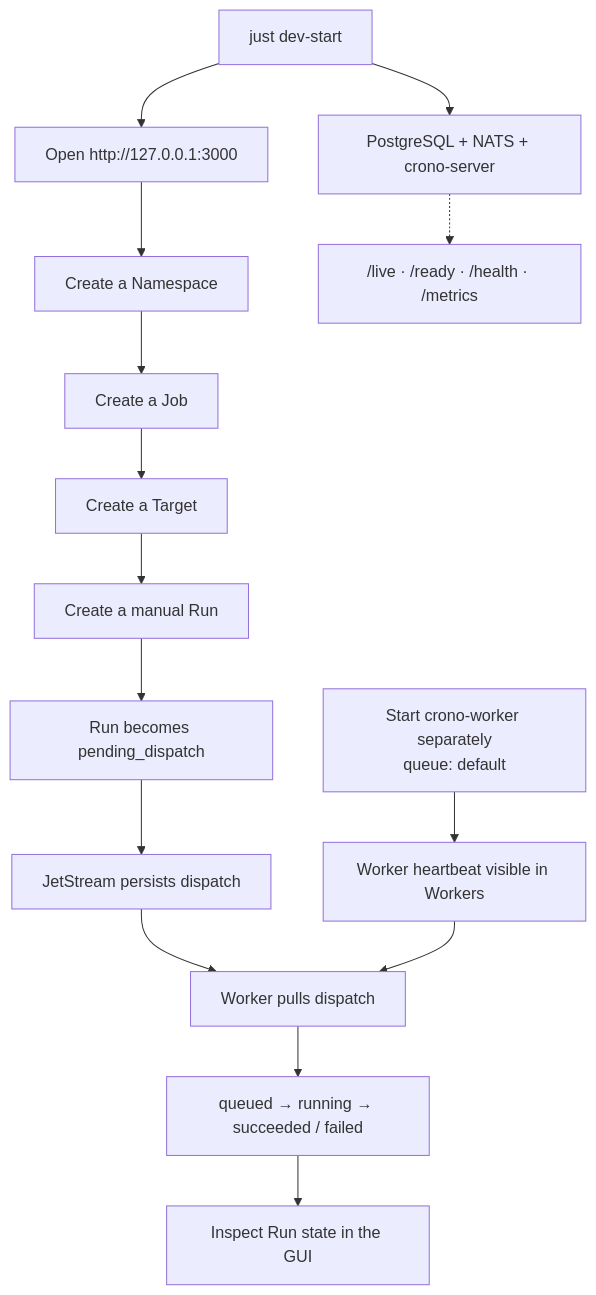
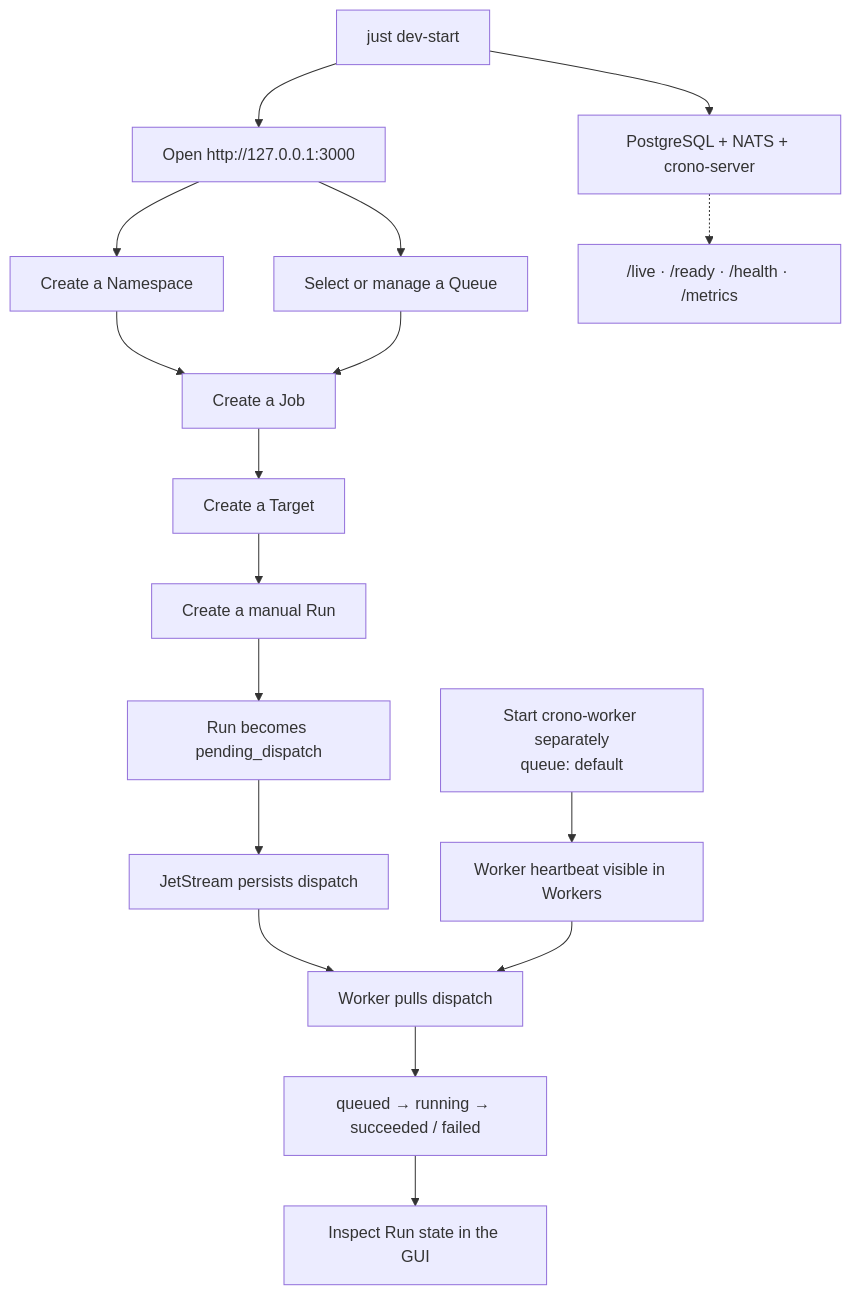
Before and after one commit to crono-io/crono: the fifth of 5 diagrams in README.md, drawn with Mermaid. The commit also changed other lines of this file and 33 other files, not shown here.

````diff
--- a/README.md
+++ b/README.md
@@ -183,19 +193,21 @@
 ```mermaid
 flowchart TD
     Start["just dev-start"] --> Web["Open http://127.0.0.1:3000"]
     Start --> Infra["PostgreSQL + NATS + crono-server"]
     WorkerCmd["Start crono-worker separately<br/>queue: default"] --> Ready["Worker heartbeat visible in Workers"]
 
     Web --> Namespace["Create a Namespace"]
+    Web --> Queue["Select or manage a Queue"]
     Namespace --> Job["Create a Job"]
+    Queue --> Job
     Job --> Target["Create a Target"]
     Target --> Run["Create a manual Run"]
     Run --> Outbox["Run becomes pending_dispatch"]
     Outbox --> JetStream["JetStream persists dispatch"]
     JetStream --> Consume["Worker pulls dispatch"]
     Ready --> Consume
     Consume --> Running["queued → running → succeeded / failed"]
     Running --> Inspect["Inspect Run state in the GUI"]
 
     Infra -.-> Health["/live · /ready · /health · /metrics"]
 ```
````
